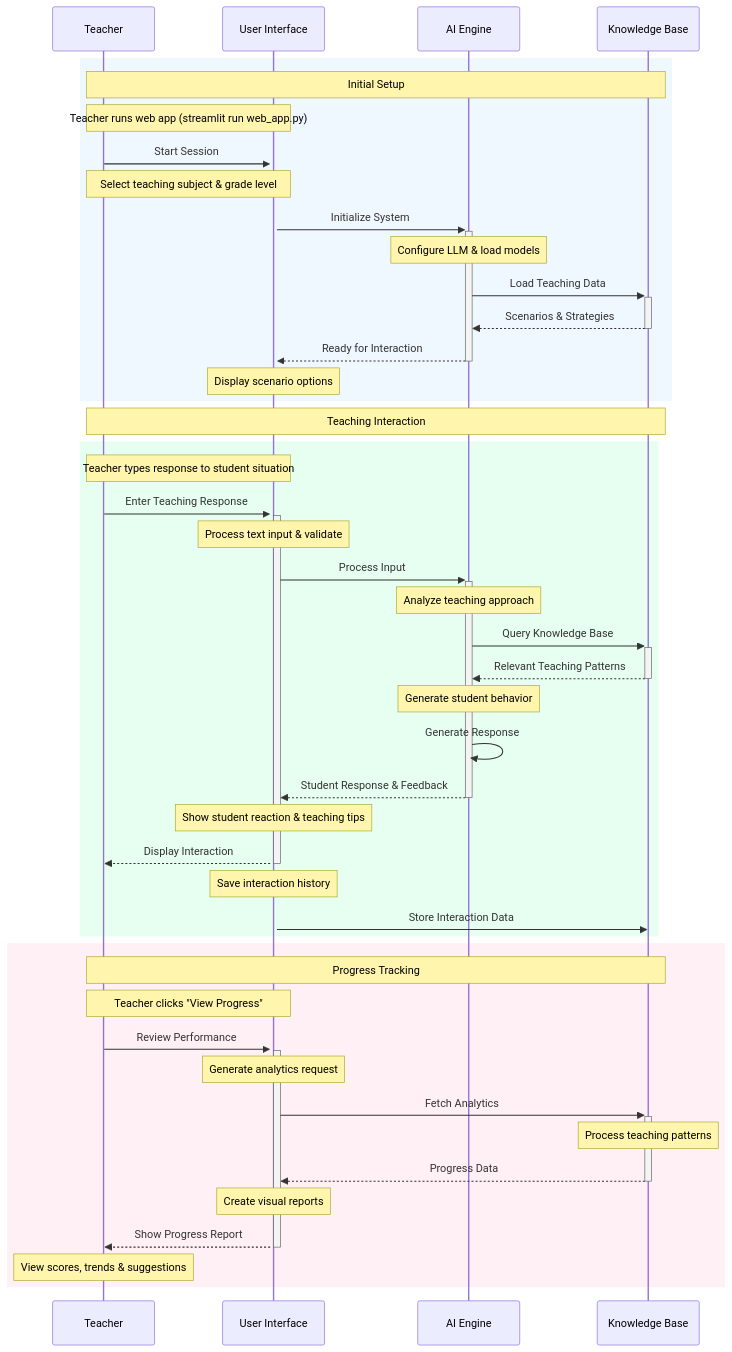
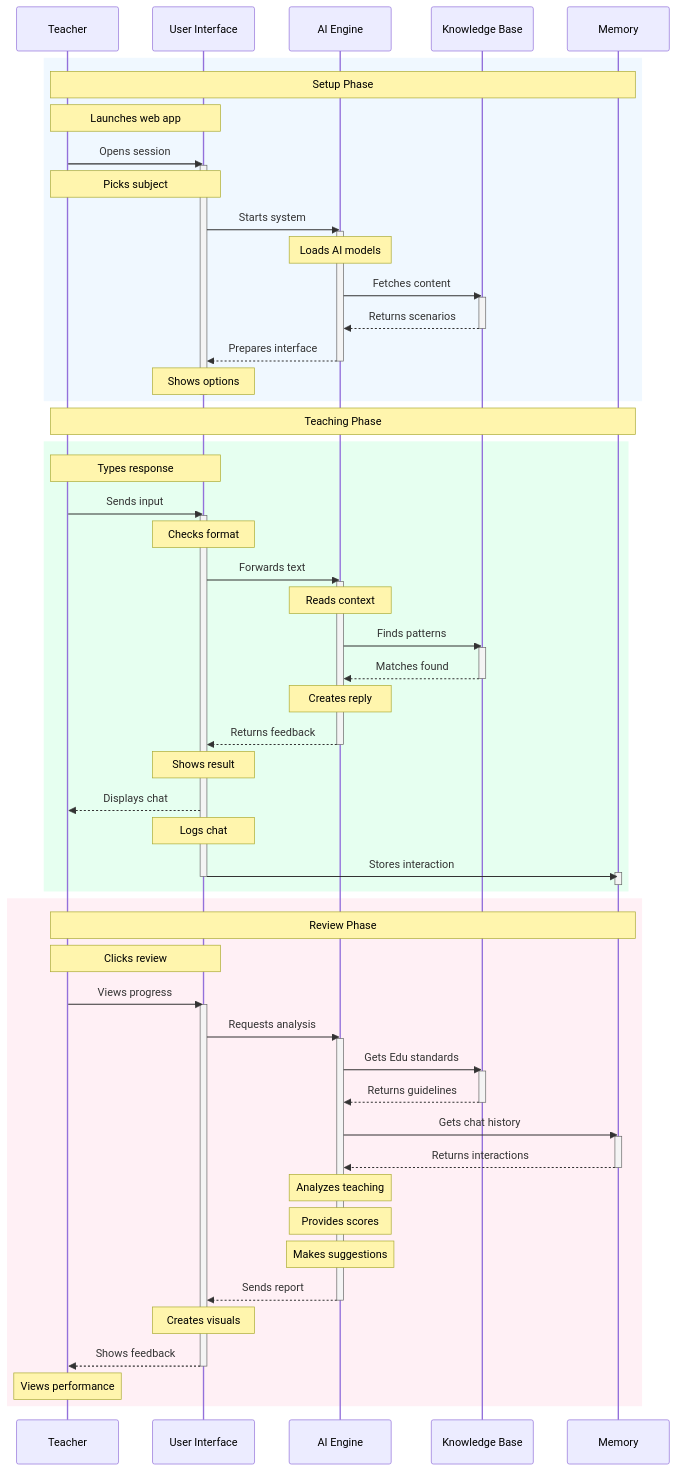
The diagram in README.md (UVU-AI-Innovate/teacher-training-chatbot), drawn with Mermaid before and after one commit. The commit also changed other lines of this file, not shown here.

Commit message:
Add Memory component to README and update sequence diagram
- Introduce fourth system component: Memory for tracking interactions
- Enhance sequence diagram with Memory interactions and activation/deactivation
- Update system description to reflect new Memory component's role
- Refactor diagram to show more detailed interaction flow and component lifecycle

````diff
--- a/README.md
+++ b/README.md
@@ -7,52 +7,79 @@
 ```mermaid
 sequenceDiagram
     participant T as Teacher
     participant UI as User Interface
     participant Engine as AI Engine
     participant KB as Knowledge Base
+    participant M as Memory
     
     %% Styling
     rect rgb(240, 248, 255)
-        Note over T,KB: Initial Setup
-        Note over T,UI: Teacher runs web app (streamlit run web_app.py)
-        T->>+UI: Start Session
-        Note over T,UI: Select teaching subject & grade level
-        UI->>+Engine: Initialize System
-        Note over Engine: Configure LLM & load models
-        Engine->>+KB: Load Teaching Data
-        KB-->>-Engine: Scenarios & Strategies
-        Engine-->>-UI: Ready for Interaction
-        Note over UI: Display scenario options
+        Note over T,M: Setup Phase
+        Note over T,UI: Launches web app
+        T->>UI: Opens session
+        activate UI
+        Note over T,UI: Picks subject
+        UI->>Engine: Starts system
+        activate Engine
+        Note over Engine: Loads AI models
+        Engine->>KB: Fetches content
+        activate KB
+        KB-->>Engine: Returns scenarios
+        deactivate KB
+        Engine-->>UI: Prepares interface
+        deactivate Engine
+        Note over UI: Shows options
+        deactivate UI
     end
     
-    Note over T,KB: Teaching Interaction
+    Note over T,M: Teaching Phase
     rect rgb(230, 255, 240)
-        Note over T,UI: Teacher types response to student situation
-        T->>+UI: Enter Teaching Response
-        Note over UI: Process text input & validate
-        UI->>+Engine: Process Input
-        Note over Engine: Analyze teaching approach
-        Engine->>+KB: Query Knowledge Base
-        KB-->>-Engine: Relevant Teaching Patterns
-        Note over Engine: Generate student behavior
-        Engine->>Engine: Generate Response
-        Engine-->>-UI: Student Response & Feedback
-        Note over UI: Show student reaction & teaching tips
-        UI-->>-T: Display Interaction
-        Note over UI: Save interaction history
-        UI->>KB: Store Interaction Data
+        Note over T,UI: Types response
+        T->>UI: Sends input
+        activate UI
+        Note over UI: Checks format
+        UI->>Engine: Forwards text
+        activate Engine
+        Note over Engine: Reads context
+        Engine->>KB: Finds patterns
+        activate KB
+        KB-->>Engine: Matches found
+        deactivate KB
+        Note over Engine: Creates reply
+        Engine-->>UI: Returns feedback
+        deactivate Engine
+        Note over UI: Shows result
+        UI-->>T: Displays chat
+        Note over UI: Logs chat
+        UI->>M: Stores interaction
+        activate M
+        deactivate M
+        deactivate UI
     end
     
     rect rgb(255, 240, 245)
-        Note over T,KB: Progress Tracking
-        Note over T,UI: Teacher clicks "View Progress"
-        T->>+UI: Review Performance
-        Note over UI: Generate analytics request
-        UI->>+KB: Fetch Analytics
-        Note over KB: Process teaching patterns
-        KB-->>-UI: Progress Data
-        Note over UI: Create visual reports
-        UI-->>-T: Show Progress Report
-        Note over T: View scores, trends & suggestions
+        Note over T,M: Review Phase
+        Note over T,UI: Clicks review
+        T->>UI: Views progress
+        activate UI
+        UI->>Engine: Requests analysis
+        activate Engine
+        Engine->>KB: Gets Edu standards
+        activate KB
+        KB-->>Engine: Returns guidelines
+        deactivate KB
+        Engine->>M: Gets chat history
+        activate M
+        M-->>Engine: Returns interactions
+        deactivate M
+        Note over Engine: Analyzes teaching
+        Note over Engine: Provides scores
+        Note over Engine: Makes suggestions
+        Engine-->>UI: Sends report
+        deactivate Engine
+        Note over UI: Creates visuals
+        UI-->>T: Shows feedback
+        deactivate UI
+        Note over T: Views performance
     end
 ```
````
